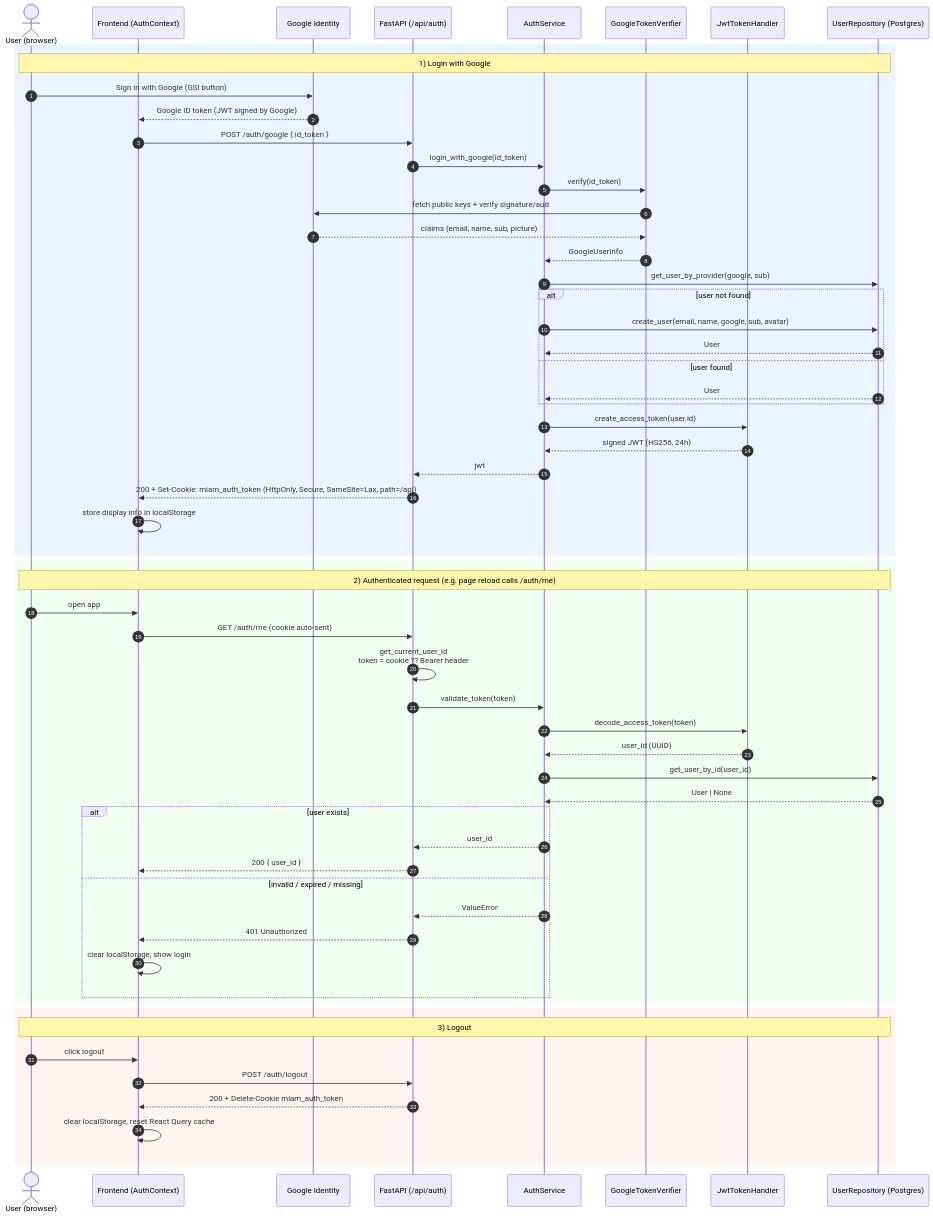
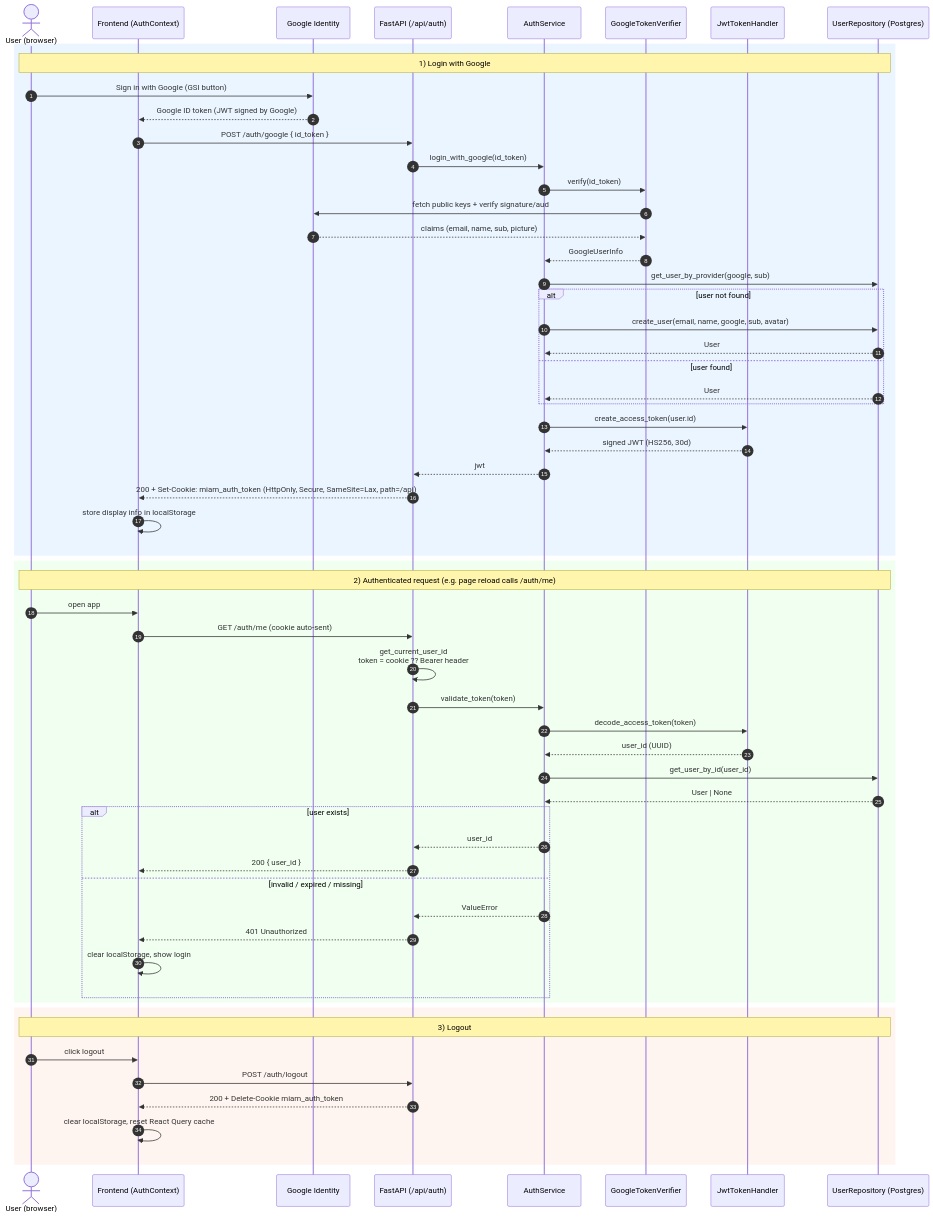
Before and after one commit to LouisStefanuto/miam: the diagram in docs/docs/concepts/auth.md, drawn with Mermaid. The commit also changed other lines of this file and 2 other files, not shown here.

Commit message:
feat: extend session lifetime from 1 day to 30 days (#100)
Users had to sign in with Google every day. Bump the default JWT and
auth cookie lifetime from 1440 minutes (24h) to 43200 minutes (30 days).

The cookie max_age derives from the same setting, so token and cookie
still expire together.

````diff
--- a/docs/docs/concepts/auth.md
+++ b/docs/docs/concepts/auth.md
@@ -49,64 +49,64 @@
 ```mermaid
 sequenceDiagram
     autonumber
     actor U as User (browser)
     participant FE as Frontend (AuthContext)
     participant G as Google Identity
     participant API as FastAPI (/api/auth)
     participant SVC as AuthService
     participant GV as GoogleTokenVerifier
     participant JWT as JwtTokenHandler
     participant DB as UserRepository (Postgres)
 
     rect rgb(235, 245, 255)
     Note over U,DB: 1) Login with Google
     U->>G: Sign in with Google (GSI button)
     G-->>FE: Google ID token (JWT signed by Google)
     FE->>API: POST /auth/google { id_token }
     API->>SVC: login_with_google(id_token)
     SVC->>GV: verify(id_token)
     GV->>G: fetch public keys + verify signature/aud
     G-->>GV: claims (email, name, sub, picture)
     GV-->>SVC: GoogleUserInfo
     SVC->>DB: get_user_by_provider(google, sub)
     alt user not found
         SVC->>DB: create_user(email, name, google, sub, avatar)
         DB-->>SVC: User
     else user found
         DB-->>SVC: User
     end
     SVC->>JWT: create_access_token(user.id)
-    JWT-->>SVC: signed JWT (HS256, 24h)
+    JWT-->>SVC: signed JWT (HS256, 30d)
     SVC-->>API: jwt
     API-->>FE: 200 + Set-Cookie: miam_auth_token (HttpOnly, Secure, SameSite=Lax, path=/api)
     FE->>FE: store display info in localStorage
     end
 
     rect rgb(240, 255, 240)
     Note over U,DB: 2) Authenticated request (e.g. page reload calls /auth/me)
     U->>FE: open app
     FE->>API: GET /auth/me  (cookie auto-sent)
     API->>API: get_current_user_id<br/>token = cookie ?? Bearer header
     API->>SVC: validate_token(token)
     SVC->>JWT: decode_access_token(token)
     JWT-->>SVC: user_id (UUID)
     SVC->>DB: get_user_by_id(user_id)
     DB-->>SVC: User | None
     alt user exists
         SVC-->>API: user_id
         API-->>FE: 200 { user_id }
     else invalid / expired / missing
         SVC-->>API: ValueError
         API-->>FE: 401 Unauthorized
         FE->>FE: clear localStorage, show login
     end
     end
 
     rect rgb(255, 245, 240)
     Note over U,DB: 3) Logout
     U->>FE: click logout
     FE->>API: POST /auth/logout
     API-->>FE: 200 + Delete-Cookie miam_auth_token
     FE->>FE: clear localStorage, reset React Query cache
     end
 ```
````
